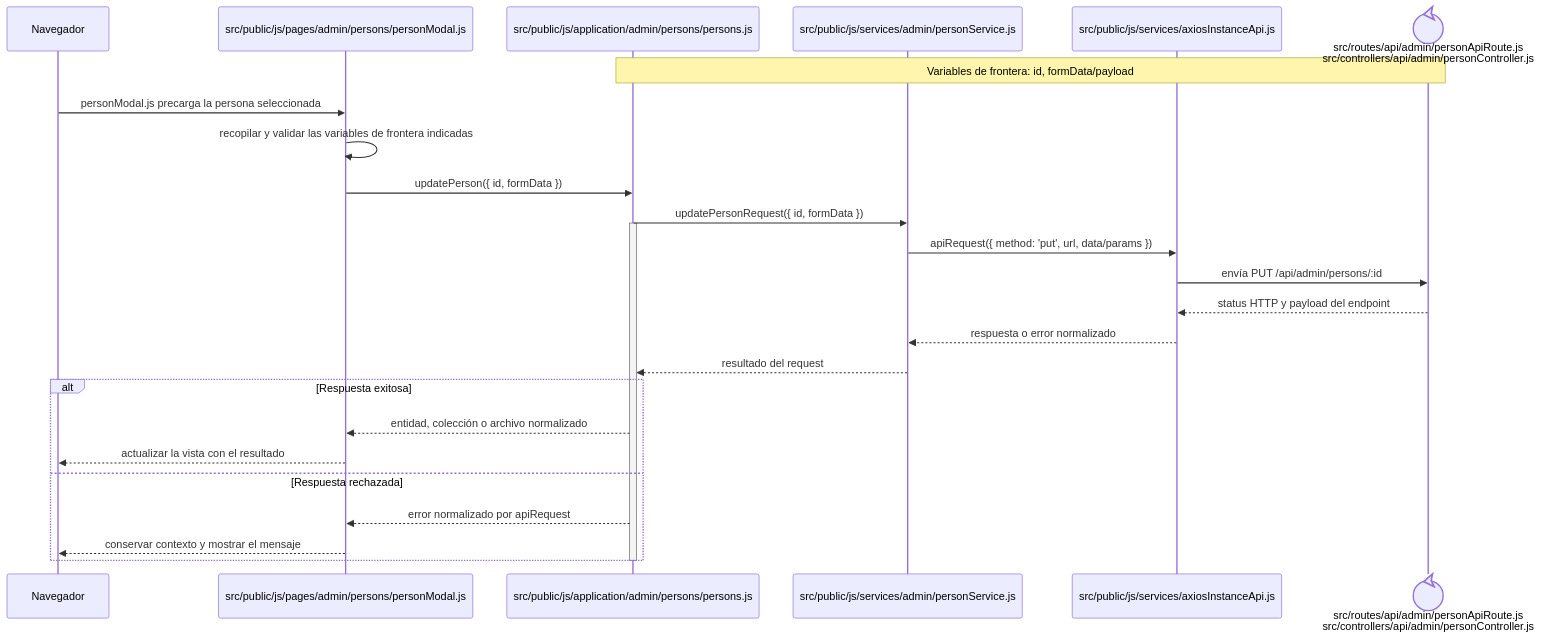
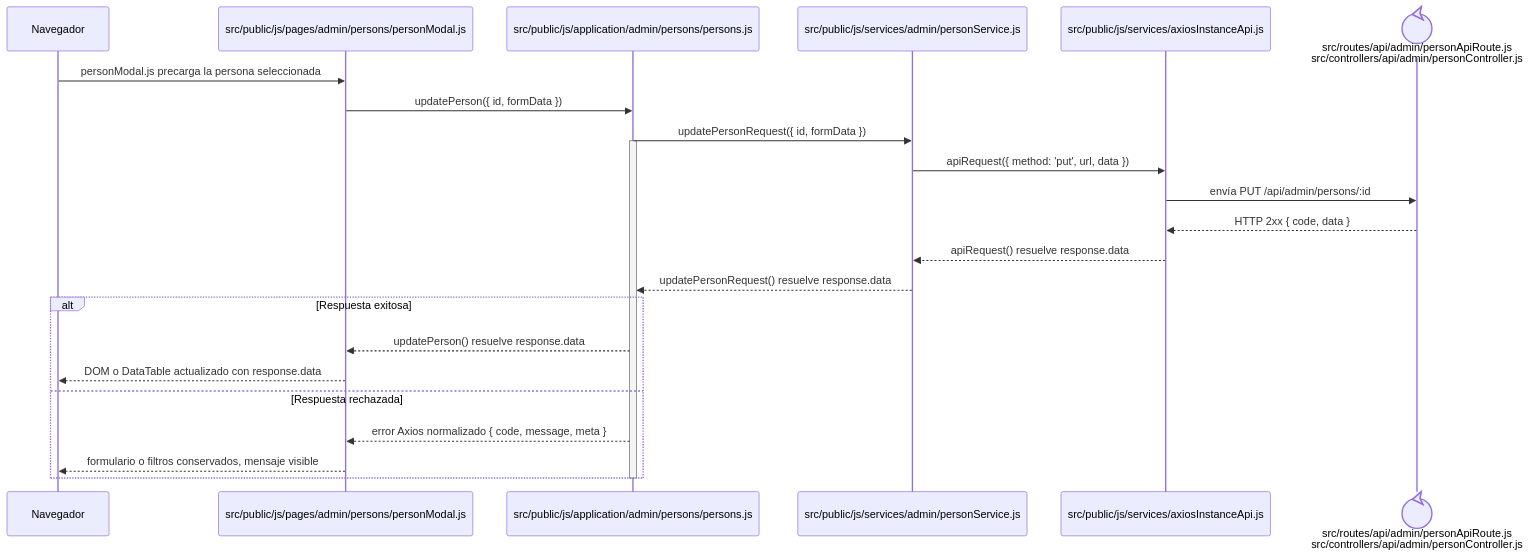
One commit to gpgsistemas01/nexus changed the diagram in docs/architecture/frontend-code-sequences/identity-access/cu-ida-03.md. Above: the diagram before and after it, drawn with Mermaid. The commit also changed 148 other files, not shown here.

````diff
--- a/docs/architecture/frontend-code-sequences/identity-access/cu-ida-03.md
+++ b/docs/architecture/frontend-code-sequences/identity-access/cu-ida-03.md
@@ -6,29 +6,27 @@
 ```mermaid
 sequenceDiagram
     participant Browser as Navegador
     participant View as src/public/js/pages/admin/persons/personModal.js
     participant Application as src/public/js/application/admin/persons/persons.js
     participant Request as src/public/js/services/admin/personService.js
     participant HTTP as src/public/js/services/axiosInstanceApi.js
     participant Transport@{ "type": "control" } as src/routes/api/admin/personApiRoute.js<br/>src/controllers/api/admin/personController.js
-    Note over Application,Transport: Variables de frontera: id, formData/payload
 
     Browser->>View: personModal.js precarga la persona seleccionada
-    View->>View: recopilar y validar las variables de frontera indicadas
     View->>Application: updatePerson({ id, formData })
     Application->>Request: updatePersonRequest({ id, formData })
     activate Application
-    Request->>HTTP: apiRequest({ method: 'put', url, data/params })
+    Request->>HTTP: apiRequest({ method: 'put', url, data })
     HTTP->>Transport: envía PUT /api/admin/persons/:id
-    Transport-->>HTTP: status HTTP y payload del endpoint
-    HTTP-->>Request: respuesta o error normalizado
-    Request-->>Application: resultado del request
+    Transport-->>HTTP: HTTP 2xx { code, data }
+    HTTP-->>Request: apiRequest() resuelve response.data
+    Request-->>Application: updatePersonRequest() resuelve response.data
     alt Respuesta exitosa
-        Application-->>View: entidad, colección o archivo normalizado
-        View-->>Browser: actualizar la vista con el resultado
+        Application-->>View: updatePerson() resuelve response.data
+        View-->>Browser: DOM o DataTable actualizado con response.data
     else Respuesta rechazada
-        Application-->>View: error normalizado por apiRequest
-        View-->>Browser: conservar contexto y mostrar el mensaje
+        Application-->>View: error Axios normalizado { code, message, meta }
+        View-->>Browser: formulario o filtros conservados, mensaje visible
     end
     deactivate Application
 ```
````
